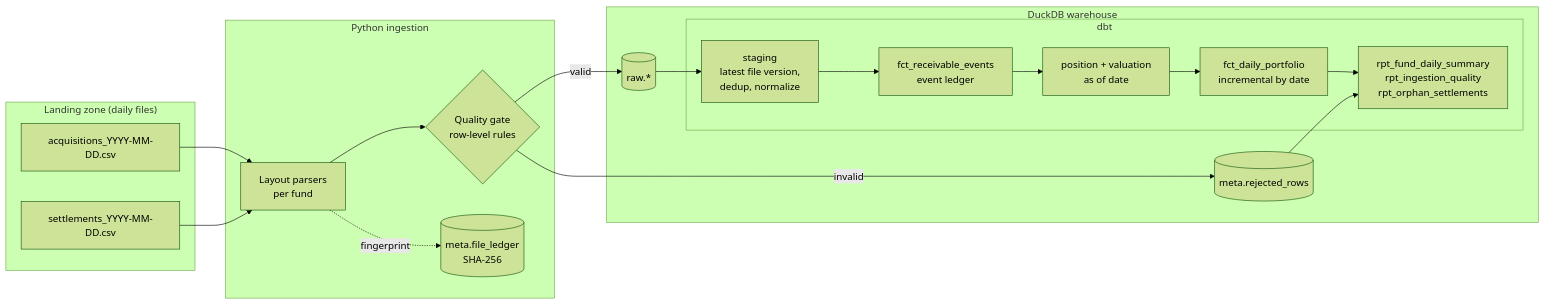
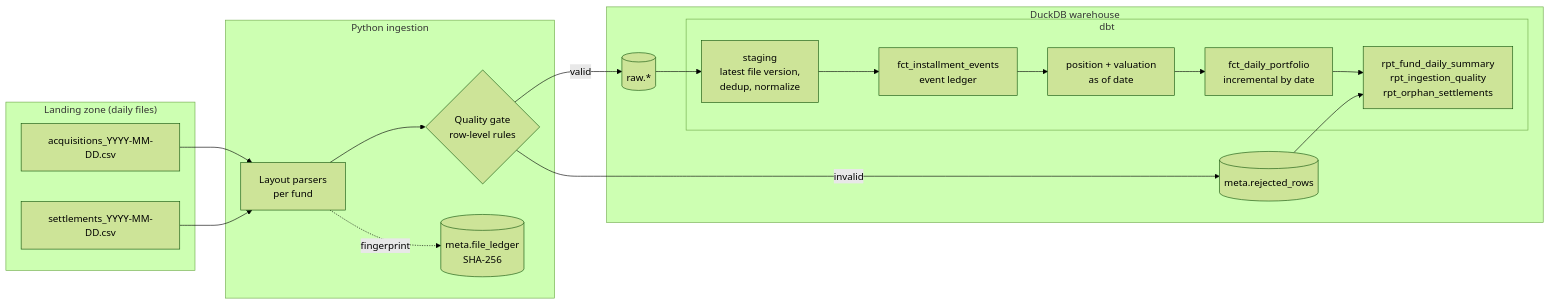
One commit to tecozu/fidc-receivables-lakehouse changed the diagram in README.md. Above: the diagram before and after it, drawn with Mermaid (forest theme). The commit also changed other lines of this file and 19 other files, not shown here.

````diff
--- a/README.md
+++ b/README.md
@@ -24,32 +24,32 @@
 ```mermaid
 flowchart LR
     subgraph Landing["Landing zone (daily files)"]
         A[acquisitions_YYYY-MM-DD.csv]
         S[settlements_YYYY-MM-DD.csv]
     end
 
     subgraph Python["Python ingestion"]
         P[Layout parsers<br/>per fund]
         V{Quality gate<br/>row-level rules}
         L[(meta.file_ledger<br/>SHA-256)]
     end
 
     subgraph DuckDB["DuckDB warehouse"]
         R[(raw.*)]
         X[(meta.rejected_rows)]
         subgraph dbt
             STG[staging<br/>latest file version,<br/>dedup, normalize]
-            LED[fct_receivable_events<br/>event ledger]
+            LED[fct_installment_events<br/>event ledger]
             INT[position + valuation<br/>as of date]
             FCT[fct_daily_portfolio<br/>incremental by date]
             RPT[rpt_fund_daily_summary<br/>rpt_ingestion_quality<br/>rpt_orphan_settlements]
         end
     end
 
     A & S --> P --> V
     V -- valid --> R
     V -- invalid --> X
     P -. fingerprint .-> L
     R --> STG --> LED --> INT --> FCT --> RPT
     X --> RPT
 ```
````
